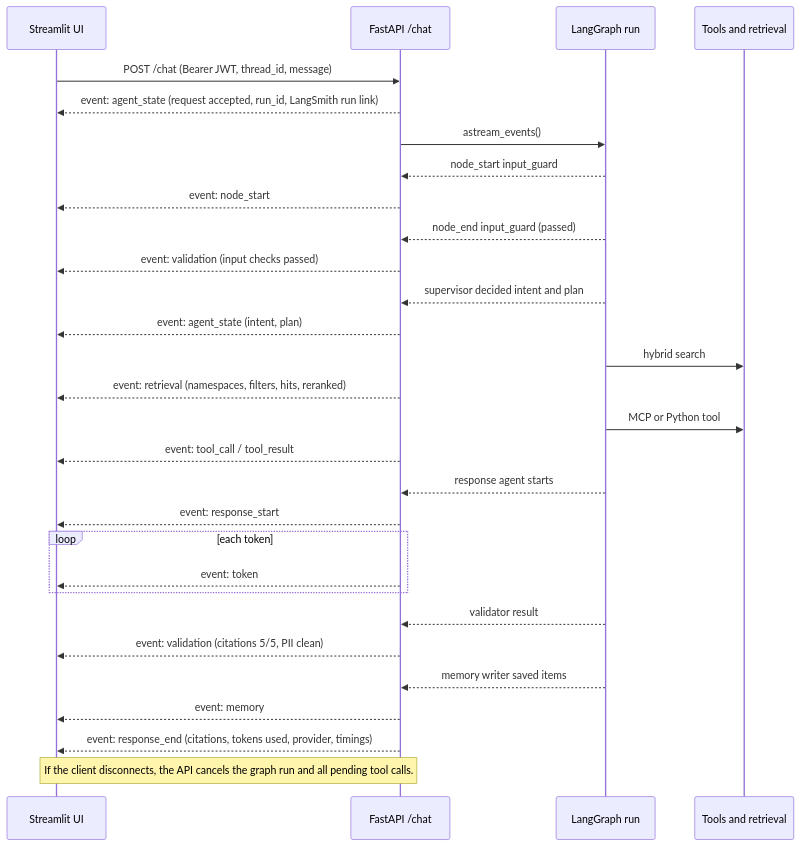
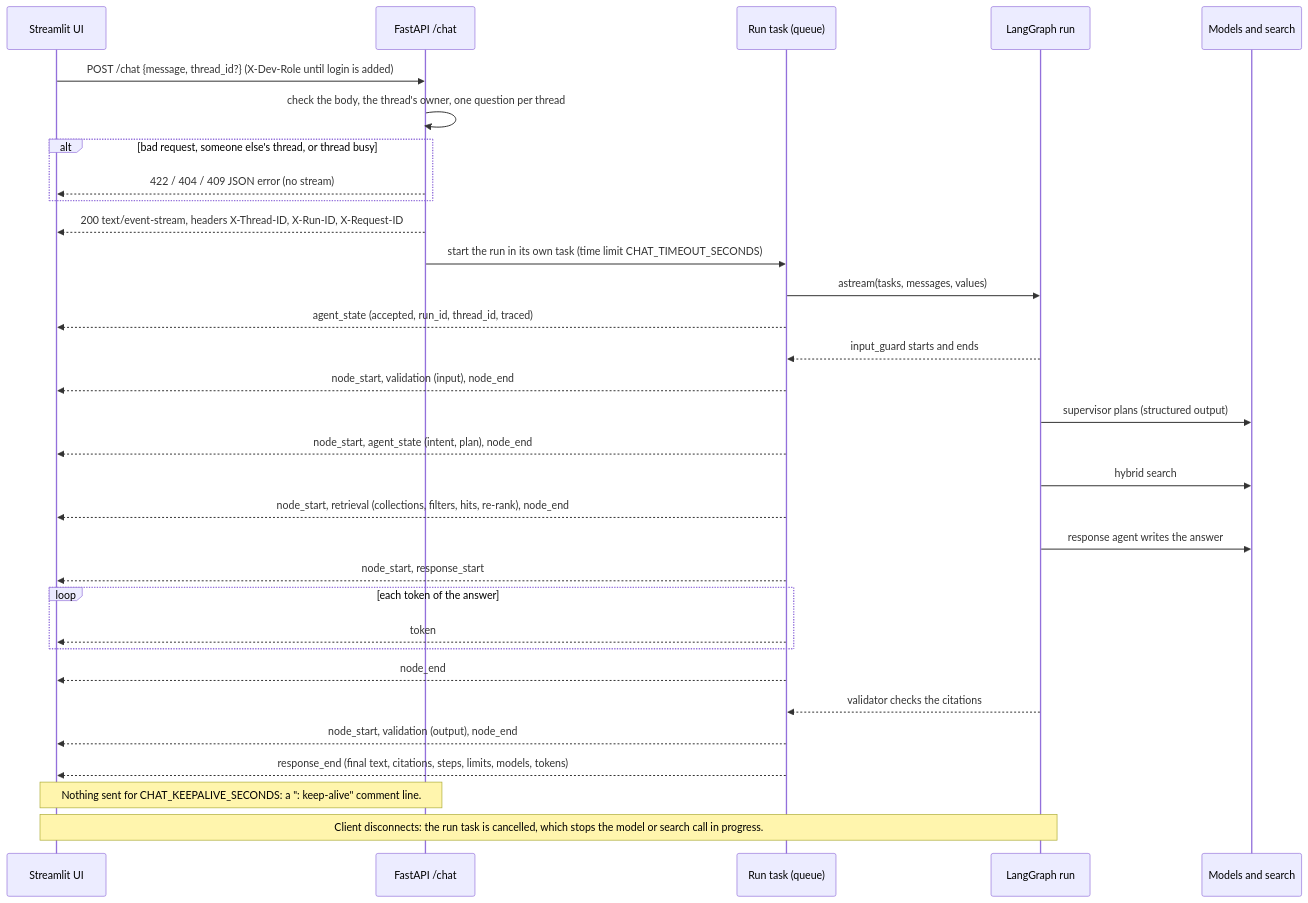
Before and after one commit to madukawala/enterprise-knowledge-agent: the diagram in docs/architecture/09-streaming-events.md, drawn with Mermaid. The commit also changed other lines of this file and 35 other files, not shown here.

Commit message:
Add streaming chat API with live agent activity events

````diff
--- a/docs/architecture/09-streaming-events.md
+++ b/docs/architecture/09-streaming-events.md
@@ -5,32 +7,35 @@
 ```mermaid
 sequenceDiagram
     participant U as Streamlit UI
     participant A as FastAPI /chat
+    participant Q as Run task (queue)
     participant G as LangGraph run
-    participant T as Tools and retrieval
+    participant T as Models and search
 
-    U->>A: POST /chat (Bearer JWT, thread_id, message)
-    A-->>U: event: agent_state (request accepted, run_id, LangSmith run link)
-    A->>G: astream_events()
-    G-->>A: node_start input_guard
-    A-->>U: event: node_start
-    G-->>A: node_end input_guard (passed)
-    A-->>U: event: validation (input checks passed)
-    G-->>A: supervisor decided intent and plan
-    A-->>U: event: agent_state (intent, plan)
+    U->>A: POST /chat {message, thread_id?} (X-Dev-Role until login is added)
+    A->>A: check the body, the thread's owner, one question per thread
+    alt bad request, someone else's thread, or thread busy
+        A-->>U: 422 / 404 / 409 JSON error (no stream)
+    end
+    A-->>U: 200 text/event-stream, headers X-Thread-ID, X-Run-ID, X-Request-ID
+    A->>Q: start the run in its own task (time limit CHAT_TIMEOUT_SECONDS)
+    Q->>G: astream(tasks, messages, values)
+    Q-->>U: agent_state (accepted, run_id, thread_id, traced)
+    G-->>Q: input_guard starts and ends
+    Q-->>U: node_start, validation (input), node_end
+    G->>T: supervisor plans (structured output)
+    Q-->>U: node_start, agent_state (intent, plan), node_end
     G->>T: hybrid search
-    A-->>U: event: retrieval (namespaces, filters, hits, reranked)
-    G->>T: MCP or Python tool
-    A-->>U: event: tool_call / tool_result
-    G-->>A: response agent starts
-    A-->>U: event: response_start
-    loop each token
-        A-->>U: event: token
+    Q-->>U: node_start, retrieval (collections, filters, hits, re-rank), node_end
+    G->>T: response agent writes the answer
+    Q-->>U: node_start, response_start
+    loop each token of the answer
+        Q-->>U: token
     end
-    G-->>A: validator result
-    A-->>U: event: validation (citations 5/5, PII clean)
-    G-->>A: memory writer saved items
-    A-->>U: event: memory
-    A-->>U: event: response_end (citations, tokens used, provider, timings)
-    Note over U,A: If the client disconnects, the API cancels the graph run and all pending tool calls.
+    Q-->>U: node_end
+    G-->>Q: validator checks the citations
+    Q-->>U: node_start, validation (output), node_end
+    Q-->>U: response_end (final text, citations, steps, limits, models, tokens)
+    Note over A,U: Nothing sent for CHAT_KEEPALIVE_SECONDS: a ": keep-alive" comment line.
+    Note over U,G: Client disconnects: the run task is cancelled, which stops the model or search call in progress.
 ```
````
